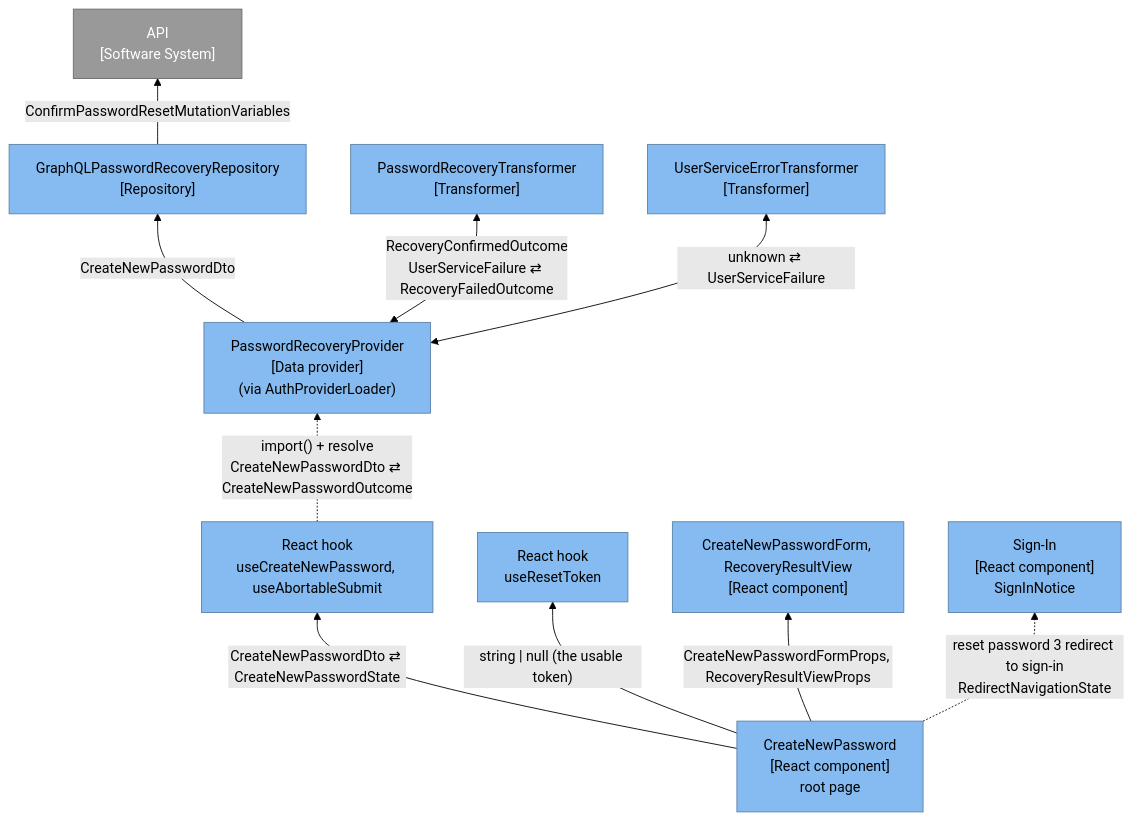
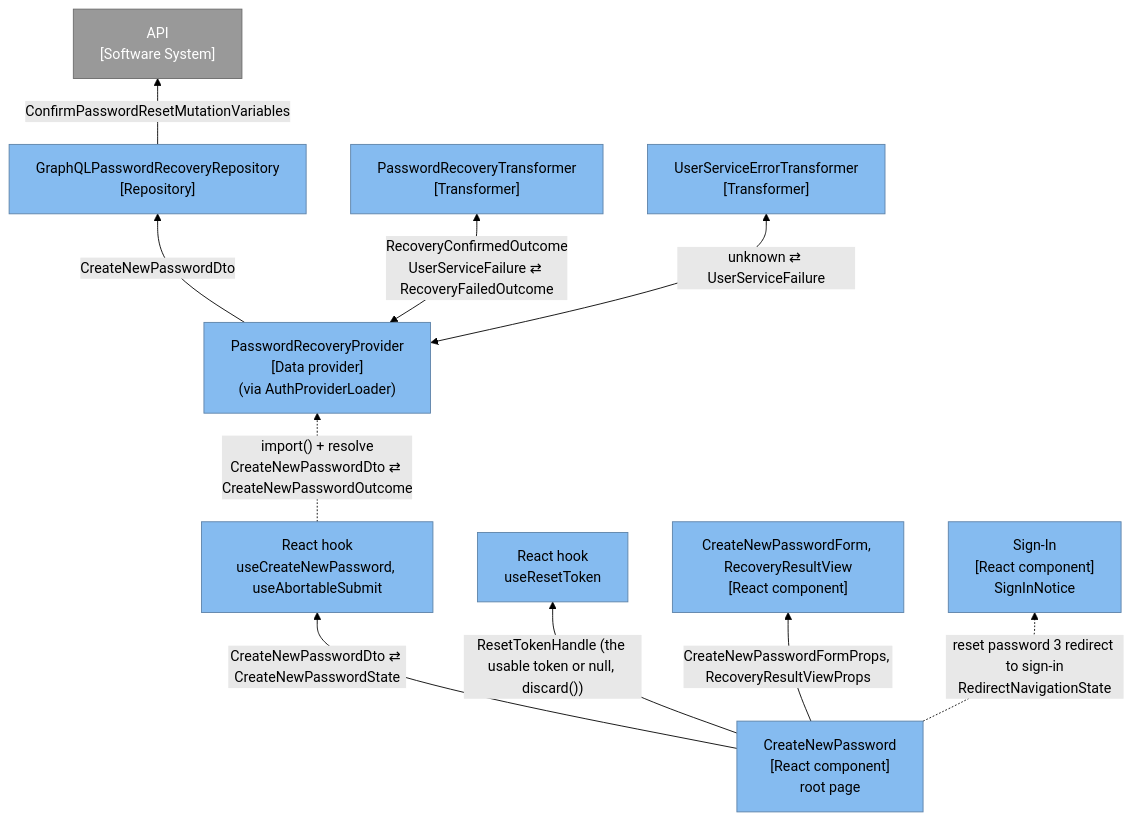
One commit to VilnaCRM-Org/crm changed the fourth of 7 diagrams in specs/create-new-password/planning-artifacts/architecture-create-new-password-2026-10-05.md. Above: the diagram before and after it, drawn with Mermaid (forest theme). The commit also changed other lines of this file and 2 other files, not shown here.

First line of the commit message:
docs(#315): record the reset-token handle and the catalog loader seam

````diff
--- a/specs/create-new-password/planning-artifacts/architecture-create-new-password-2026-10-05.md
+++ b/specs/create-new-password/planning-artifacts/architecture-create-new-password-2026-10-05.md
@@ -377,24 +378,24 @@
 ```mermaid
 flowchart BT
   API["API<br/>[Software System]"]:::external
   REPO["GraphQLPasswordRecoveryRepository<br/>[Repository]"]:::component
   PROV["PasswordRecoveryProvider<br/>[Data provider]<br/>(via AuthProviderLoader)"]:::component
   TR["PasswordRecoveryTransformer<br/>[Transformer]"]:::component
   ETR["UserServiceErrorTransformer<br/>[Transformer]"]:::component
   HOOK["React hook<br/>useCreateNewPassword, useAbortableSubmit"]:::component
   THOOK["React hook<br/>useResetToken"]:::component
   PAGE["CreateNewPassword<br/>[React component]<br/>root page"]:::component
   KIDS["CreateNewPasswordForm, RecoveryResultView<br/>[React component]"]:::component
   SIGNIN["Sign-In<br/>[React component]<br/>SignInNotice"]:::component
   REPO -->|"ConfirmPasswordResetMutationVariables"| API
   PROV -->|"CreateNewPasswordDto"| REPO
   PROV <-->|"RecoveryConfirmedOutcome<br/>UserServiceFailure ⇄ RecoveryFailedOutcome"| TR
   PROV <-->|"unknown ⇄ UserServiceFailure"| ETR
   HOOK -.->|"import() + resolve<br/>CreateNewPasswordDto ⇄ CreateNewPasswordOutcome"| PROV
-  PAGE -->|"string | null (the usable token)"| THOOK
+  PAGE -->|"ResetTokenHandle (the usable token or null, discard())"| THOOK
   PAGE -->|"CreateNewPasswordDto ⇄ CreateNewPasswordState"| HOOK
   PAGE -->|"CreateNewPasswordFormProps, RecoveryResultViewProps"| KIDS
   PAGE -.->|"reset password 3 redirect to sign-in<br/>RedirectNavigationState"| SIGNIN
   classDef component fill:#85BBF0,stroke:#5D82A8,color:#000;
   classDef external fill:#999999,stroke:#6B6B6B,color:#fff;
 ```
````
